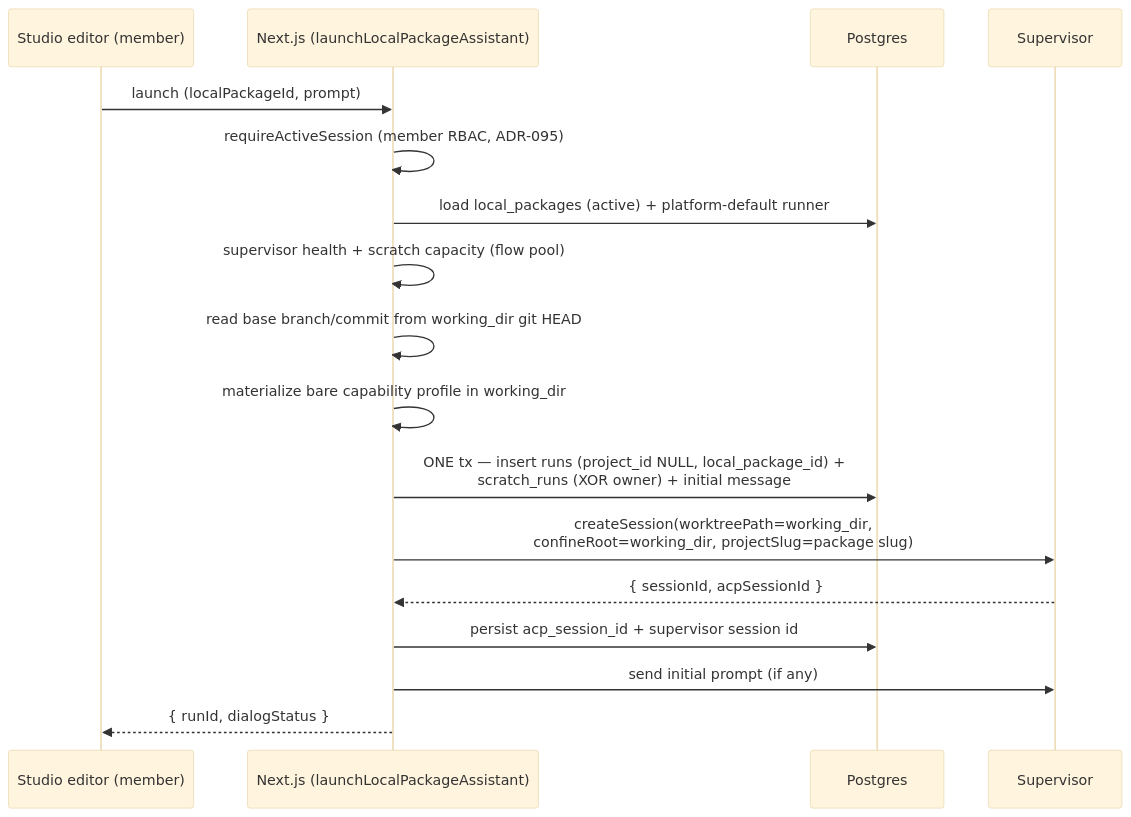
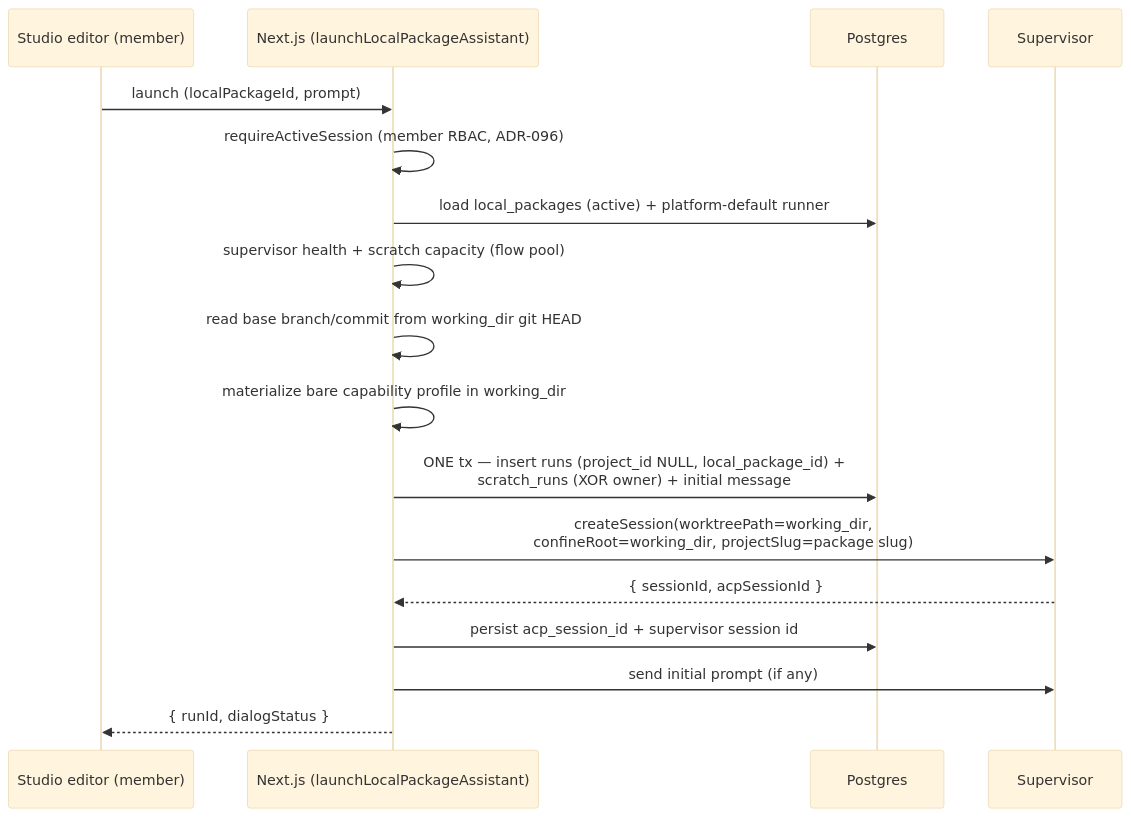
Before and after one commit to maister-dev/maister: the third of 3 diagrams in docs/system-analytics/studio-ai-assistant.md, drawn with Mermaid (base theme). The commit also changed other lines of this file and 62 other files, not shown here.

````diff
--- a/docs/system-analytics/studio-ai-assistant.md
+++ b/docs/system-analytics/studio-ai-assistant.md
@@ -112,20 +112,20 @@
 ```mermaid
 sequenceDiagram
     participant Editor as Studio editor (member)
     participant Web as Next.js (launchLocalPackageAssistant)
     participant DB as Postgres
     participant Sup as Supervisor
 
     Editor->>Web: launch (localPackageId, prompt)
-    Web->>Web: requireActiveSession (member RBAC, ADR-095)
+    Web->>Web: requireActiveSession (member RBAC, ADR-096)
     Web->>DB: load local_packages (active) + platform-default runner
     Web->>Web: supervisor health + scratch capacity (flow pool)
     Web->>Web: read base branch/commit from working_dir git HEAD
     Web->>Web: materialize bare capability profile in working_dir
     Web->>DB: ONE tx — insert runs (project_id NULL, local_package_id) +<br/>scratch_runs (XOR owner) + initial message
     Web->>Sup: createSession(worktreePath=working_dir,<br/>confineRoot=working_dir, projectSlug=package slug)
     Sup-->>Web: { sessionId, acpSessionId }
     Web->>DB: persist acp_session_id + supervisor session id
     Web->>Sup: send initial prompt (if any)
     Web-->>Editor: { runId, dialogStatus }
 ```
````
